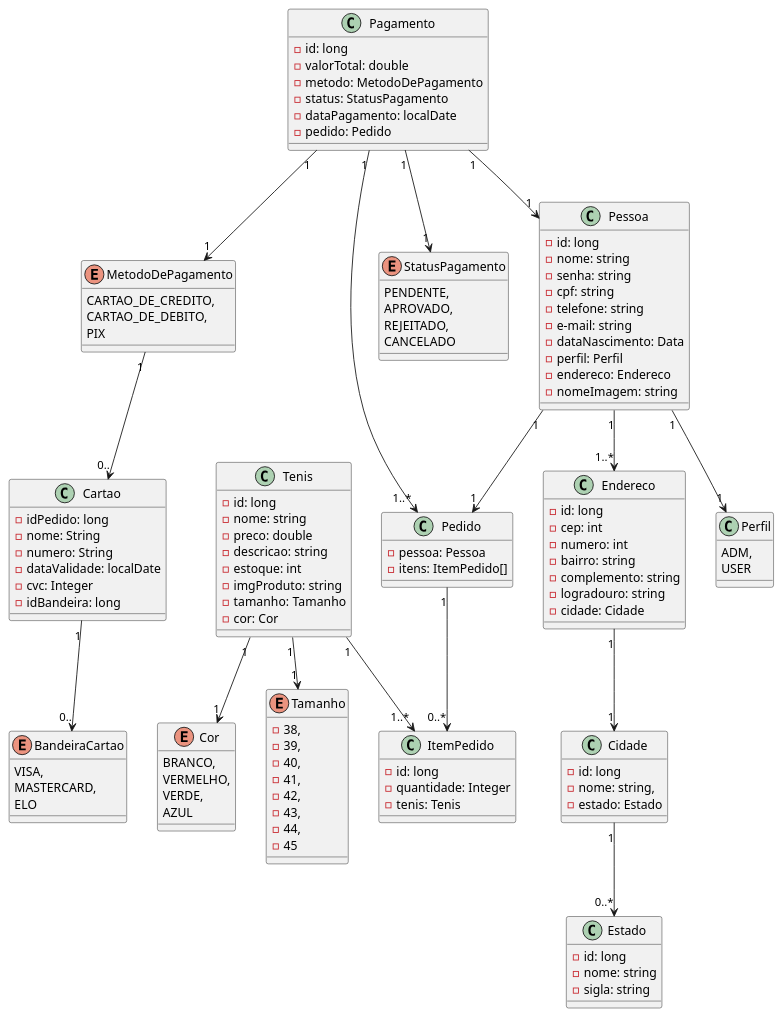
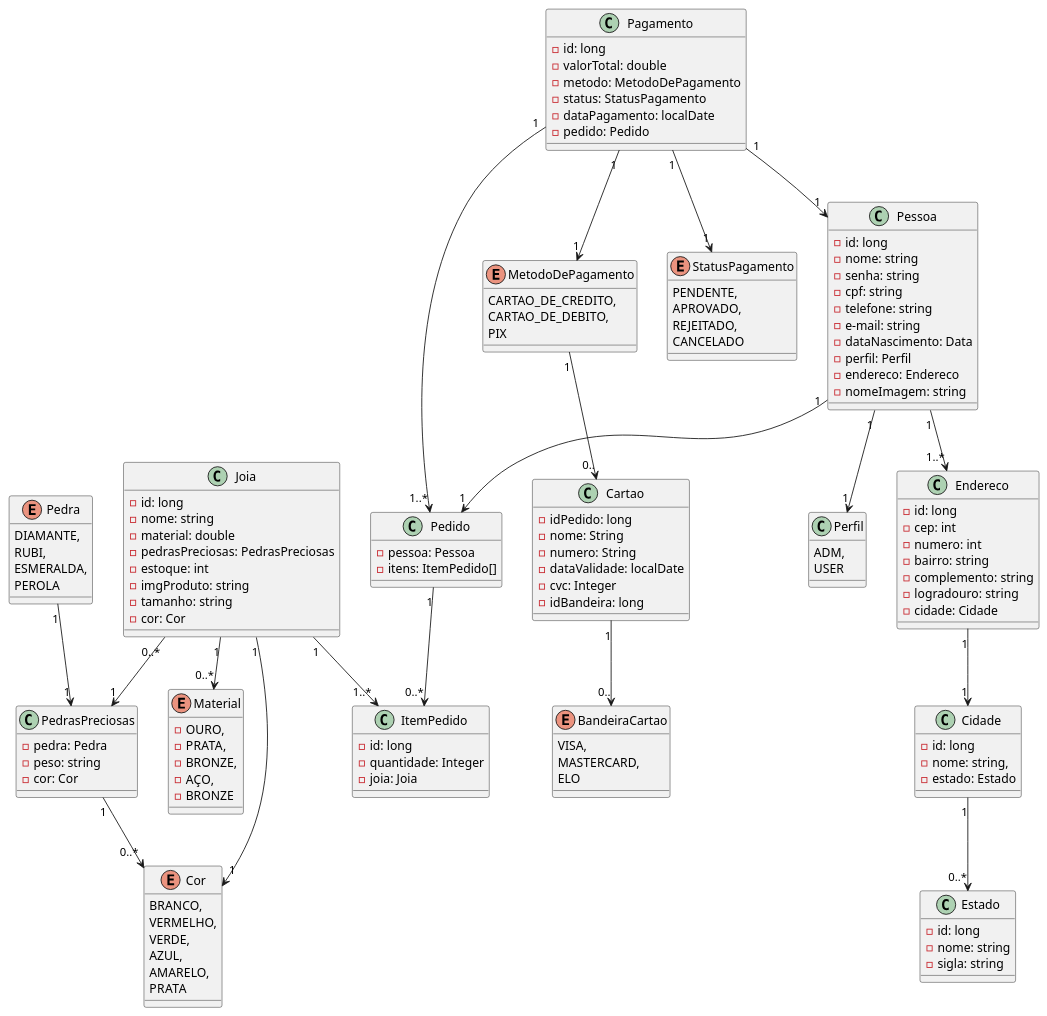
Before and after one commit to ThiagoShowza/back-end-topicos2: the diagram in src/main/resources/docs/diagrama.plantuml, drawn with PlantUML.

Commit message:
update uml

```diff
--- a/src/main/resources/docs/diagrama.plantuml
+++ b/src/main/resources/docs/diagrama.plantuml
@@ -1,152 +1,173 @@
-@startuml
+@startuml diagrama
 
-class Tenis {
+class Joia {
 
     - id: long
     - nome: string
-    - preco: double
-    - descricao: string
+    - material: double
+    - pedrasPreciosas: PedrasPreciosas
     - estoque: int
     - imgProduto: string
-    - tamanho: Tamanho
+    - tamanho: string
     - cor: Cor
 }
+
+enum Material{
+    - OURO,
+    - PRATA,
+    - BRONZE,
+    - AÇO,
+    - BRONZE
+}
+
+class PedrasPreciosas{
+    - pedra: Pedra
+    - peso: string
+    - cor: Cor
+}
+
+enum Pedra{
+    DIAMANTE,
+    RUBI,
+    ESMERALDA,
+    PEROLA
+
+}
+
 
 class ItemPedido{
     - id: long
     - quantidade: Integer
-    - tenis: Tenis
+    - joia: Joia
 }
 
 class Pedido {
     - pessoa: Pessoa
     - itens: ItemPedido[]
 }
 
 enum Cor{
     BRANCO,
     VERMELHO,
     VERDE,
-    AZUL
-}
+    AZUL,
+    AMARELO,
+    PRATA
 
-enum Tamanho {
-    - 38,
-    - 39,
-    - 40,
-    - 41,
-    - 42,
-    - 43,
-    - 44,
-    - 45
 }
 
 class Pagamento {
     - id: long
     - valorTotal: double
     - metodo: MetodoDePagamento
     - status: StatusPagamento
     - dataPagamento: localDate
     - pedido: Pedido
 }
 
 enum MetodoDePagamento {
     CARTAO_DE_CREDITO,
     CARTAO_DE_DEBITO,
     PIX
 }
 
 enum StatusPagamento {
     PENDENTE,
     APROVADO,
     REJEITADO,
     CANCELADO
 }
 
 class Cartao {
     - idPedido: long
     - nome: String
     - numero: String
     - dataValidade: localDate
-    -cvc: Integer
-    -idBandeira: long
+    - cvc: Integer
+    - idBandeira: long
 }
 
 enum BandeiraCartao{
     VISA,
     MASTERCARD,
     ELO
 }
 
 class Perfil {
     ADM,
     USER
 }
 
 class Pessoa {
     - id: long
     - nome: string
     - senha: string
     - cpf: string
     - telefone: string
     - e-mail: string
     - dataNascimento: Data
     - perfil: Perfil
     - endereco: Endereco
     - nomeImagem: string
 }
 
 class Endereco {
     - id: long
     - cep: int
     - numero: int
     - bairro: string
     - complemento: string
     - logradouro: string
     - cidade: Cidade
 }
 
 class Cidade {
     - id: long
     - nome: string,
     - estado: Estado
 }
 
 class Estado {
     - id: long
     - nome: string
     - sigla: string
 }
 
 
-Tenis "1" --> "1..*" ItemPedido
+Joia "1" --> "1..*" ItemPedido
 
-Tenis "1" --> "1" Cor
+Joia "1" --> "1" Cor
 
-Tenis "1" --> "1" Tamanho
+Joia "1" --> "0..*" Material
+
+Joia "0..*" --> "1" PedrasPreciosas
+
+Pedra "1" --> "1" PedrasPreciosas
+
+PedrasPreciosas "1" --> "0..*" Cor
 
 Pedido "1" --> "0..*" ItemPedido
 
 Pessoa "1" --> "1" Perfil
 
 Pessoa "1" --> "1" Pedido
 
 Pessoa "1" --> "1..*" Endereco
 
 Endereco "1" --> "1" Cidade
 
 Cidade "1" --> "0..*" Estado
 
 Pagamento "1" --> "1..*" Pedido
 
 Pagamento "1" --> "1" Pessoa
 
 Pagamento "1" --> "1" MetodoDePagamento
 
 MetodoDePagamento "1" --> "0.." Cartao
 
 Cartao "1" --> "0.." BandeiraCartao
 
 Pagamento "1" --> "1" StatusPagamento
 
 @enduml
```
